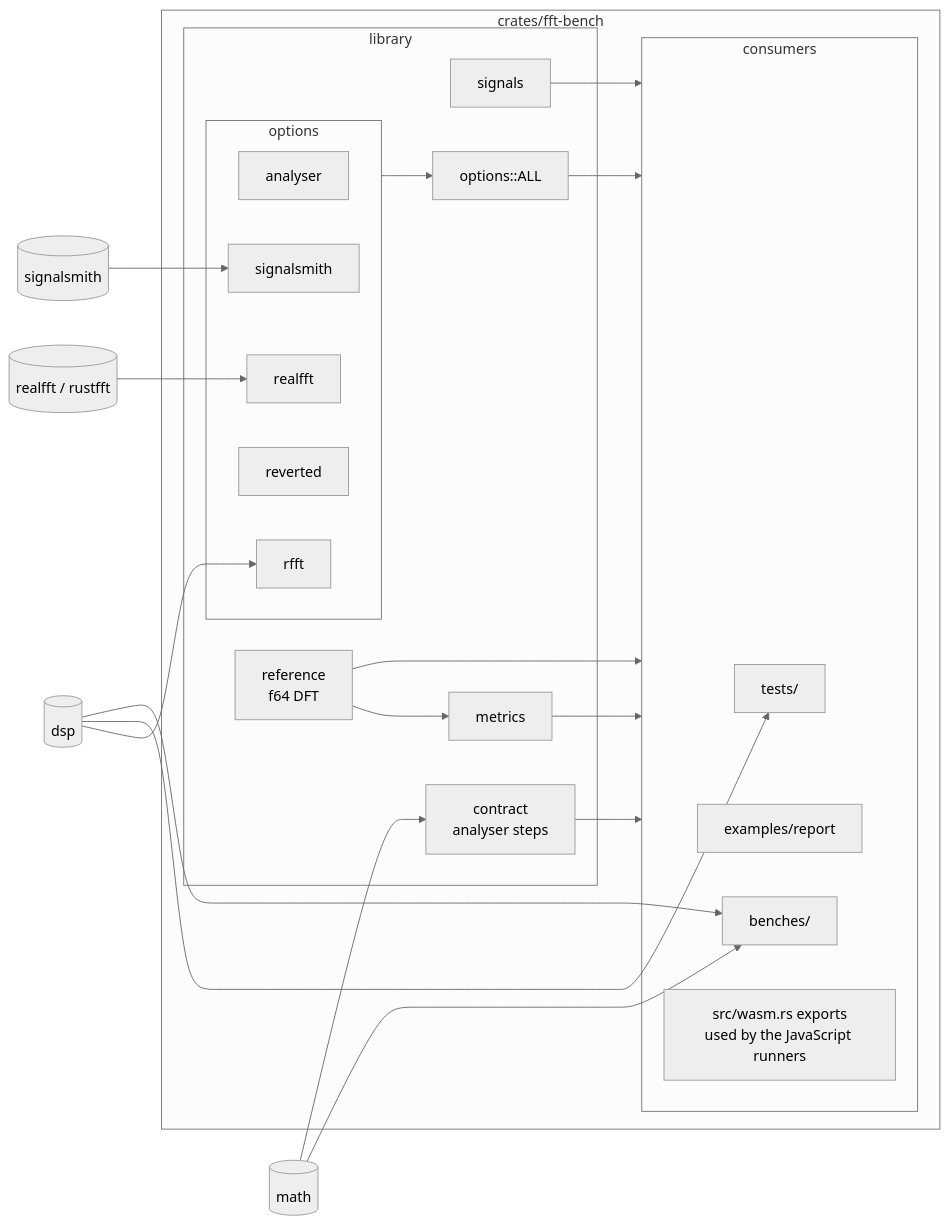
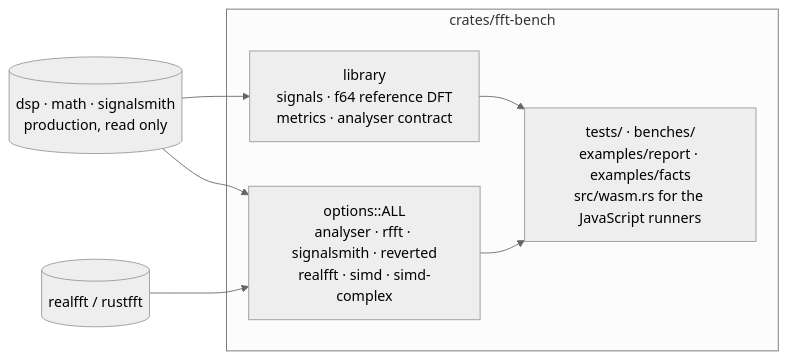
The first of 2 diagrams in crates/fft-bench/docs/architecture.md (BLyndon/openDAW), drawn with Mermaid (neutral theme) before and after one commit. The commit also changed other lines of this file and 8 other files, not shown here.

````diff
--- a/crates/fft-bench/docs/architecture.md
+++ b/crates/fft-bench/docs/architecture.md
@@ -32,43 +20,15 @@
 ```mermaid
 flowchart LR
-    dsp[(dsp)]
-    math[(math)]
-    signalsmith_crate[(signalsmith)]
-    realfft_crate[(realfft / rustfft)]
+    production[(dsp · math · signalsmith<br/>production, read only)]
+    library_crate[(realfft / rustfft)]
     subgraph harness[crates/fft-bench]
-        subgraph library[library]
-            signals
-            reference[reference<br/>f64 DFT]
-            metrics
-            contract[contract<br/>analyser steps]
-            registry[options::ALL]
-            subgraph options[options]
-                analyser
-                rfft_opt[rfft]
-                signalsmith_opt[signalsmith]
-                reverted
-                realfft_opt[realfft]
-            end
-        end
-        subgraph consumers[consumers]
-            tests[tests/]
-            report[examples/report]
-            benches[benches/]
-            wasm[src/wasm.rs exports<br/>used by the JavaScript runners]
-        end
+        library[library<br/>signals · f64 reference DFT<br/>metrics · analyser contract]
+        options[options::ALL<br/>analyser · rfft · signalsmith · reverted<br/>realfft · simd · simd-complex]
+        consumers[tests/ · benches/<br/>examples/report · examples/facts<br/>src/wasm.rs for the JavaScript runners]
     end
-    reference --> metrics
-    options --> registry
-    math --> contract
-    dsp --> rfft_opt
-    dsp --> tests
-    dsp --> benches
-    math --> benches
-    signalsmith_crate --> signalsmith_opt
-    realfft_crate --> realfft_opt
-    signals --> consumers
-    reference --> consumers
-    metrics --> consumers
-    contract --> consumers
-    registry --> consumers
+    production --> library
+    production --> options
+    library_crate --> options
+    library --> consumers
+    options --> consumers
 ```
````
